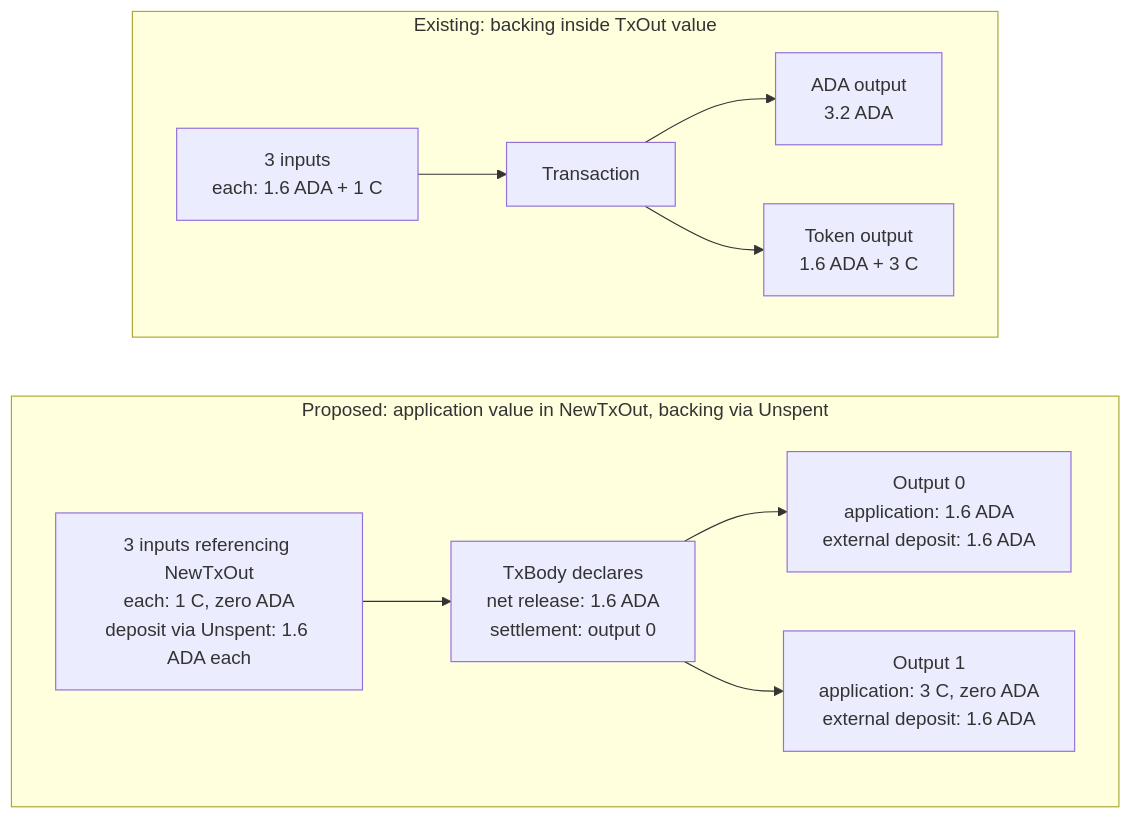
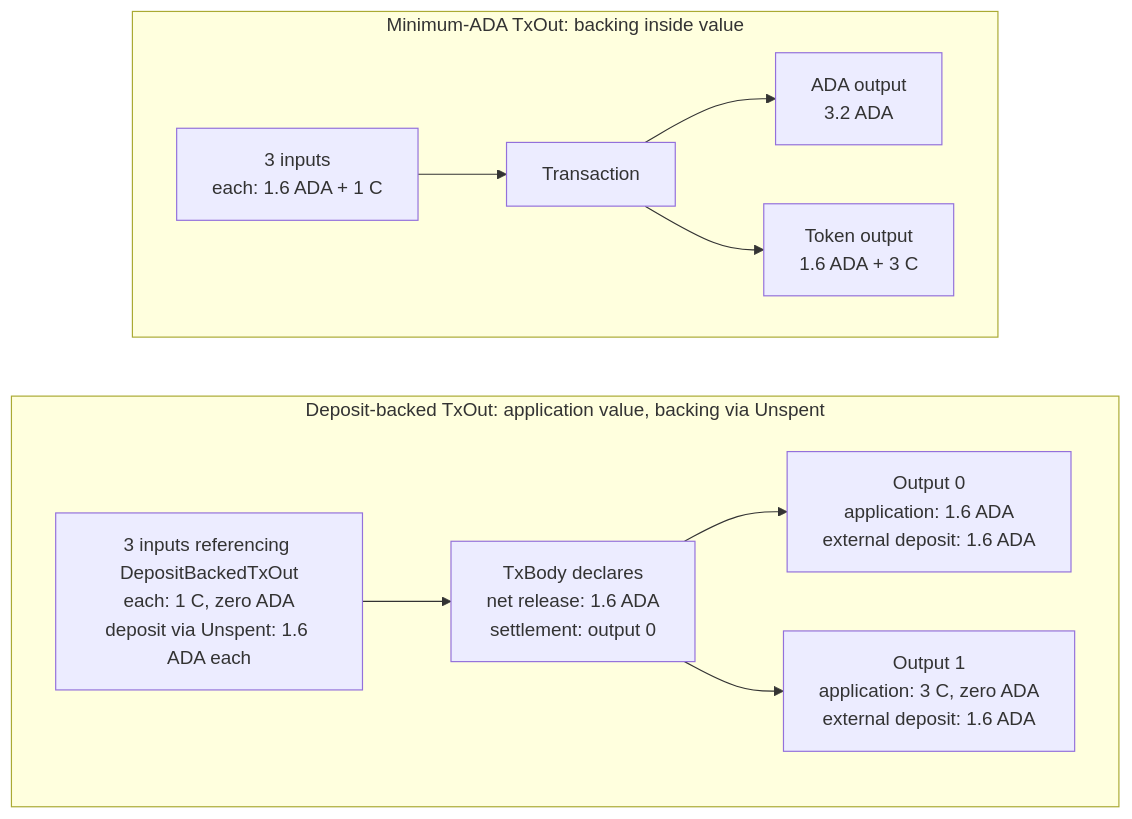
The first of 4 diagrams in CIP-????/README.md (input-output-hk/arc-cardano-minutxo-alternatives), drawn with Mermaid before and after one commit. The commit also changed other lines of this file and 2 other files, not shown here.

````diff
--- a/CIP-????/README.md
+++ b/CIP-????/README.md
@@ -231,16 +235,16 @@
 ```mermaid
 flowchart TB
-  subgraph Legacy["Existing: backing inside TxOut value"]
+  subgraph Legacy["Minimum-ADA TxOut: backing inside value"]
     direction LR
     LI["3 inputs<br/>each: 1.6 ADA + 1 C"] --> LT["Transaction"]
     LT --> LA["ADA output<br/>3.2 ADA"]
     LT --> LC["Token output<br/>1.6 ADA + 3 C"]
   end
-  subgraph Proposed["Proposed: application value in NewTxOut, backing via Unspent"]
+  subgraph Proposed["Deposit-backed TxOut: application value, backing via Unspent"]
     direction LR
-    NI["3 inputs referencing NewTxOut<br/>each: 1 C, zero ADA<br/>deposit via Unspent: 1.6 ADA each"] --> NT["TxBody declares<br/>net release: 1.6 ADA<br/>settlement: output 0"]
+    NI["3 inputs referencing DepositBackedTxOut<br/>each: 1 C, zero ADA<br/>deposit via Unspent: 1.6 ADA each"] --> NT["TxBody declares<br/>net release: 1.6 ADA<br/>settlement: output 0"]
     NT --> NA["Output 0<br/>application: 1.6 ADA<br/>external deposit: 1.6 ADA"]
     NT --> NC["Output 1<br/>application: 3 C, zero ADA<br/>external deposit: 1.6 ADA"]
   end
   Legacy ~~~ Proposed
 ```
````
